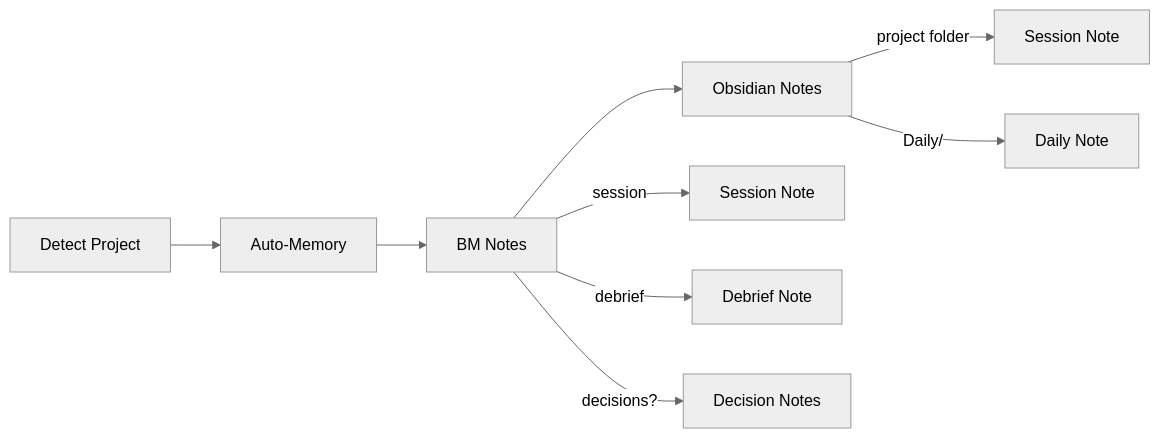
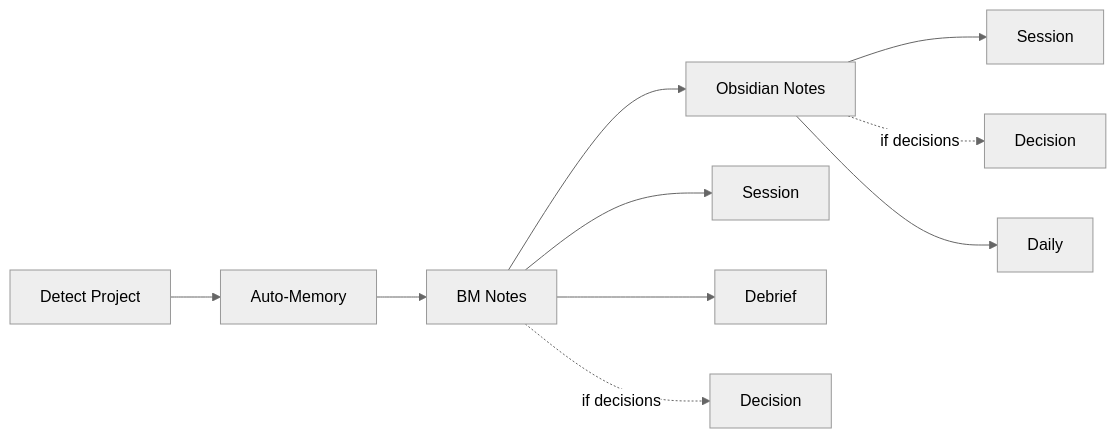
The diagram in skills/(tooling)/wrap-up/README.md (adeonir/agent-skills), drawn with Mermaid (neutral theme) before and after one commit. The commit also changed other lines of this file and 4 other files, not shown here.

````diff
--- a/skills/(tooling)/wrap-up/README.md
+++ b/skills/(tooling)/wrap-up/README.md
@@ -13,11 +13,12 @@
 ```mermaid
 flowchart LR
   A[Detect Project] --> B[Auto-Memory]
   B --> C[BM Notes]
   C --> D[Obsidian Notes]
-  C -->|session| C1[Session Note]
-  C -->|debrief| C2[Debrief Note]
-  C -->|decisions?| C3[Decision Notes]
-  D -->|project folder| D1[Session Note]
-  D -->|Daily/| D2[Daily Note]
+  C --> C1[Session]
+  C --> C2[Debrief]
+  C -.->|if decisions| C3[Decision]
+  D --> D1[Session]
+  D -.->|if decisions| D3[Decision]
+  D --> D2[Daily]
 ```
````
